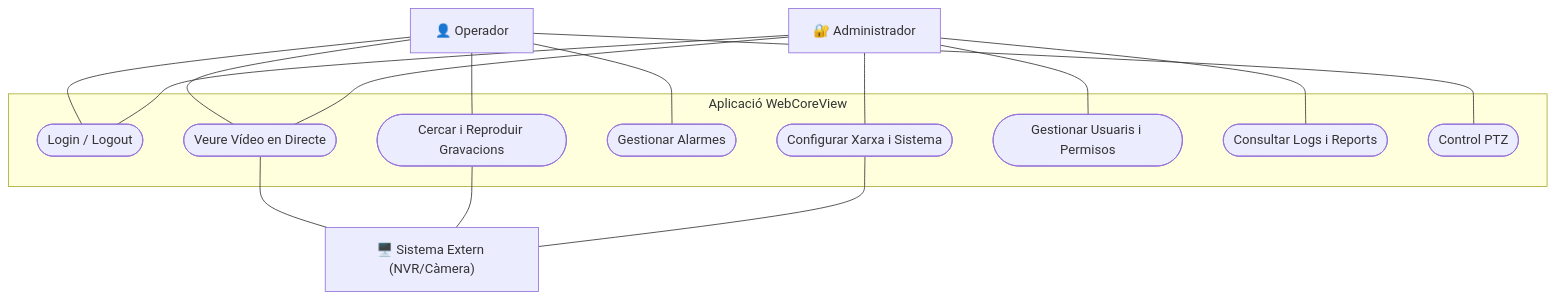
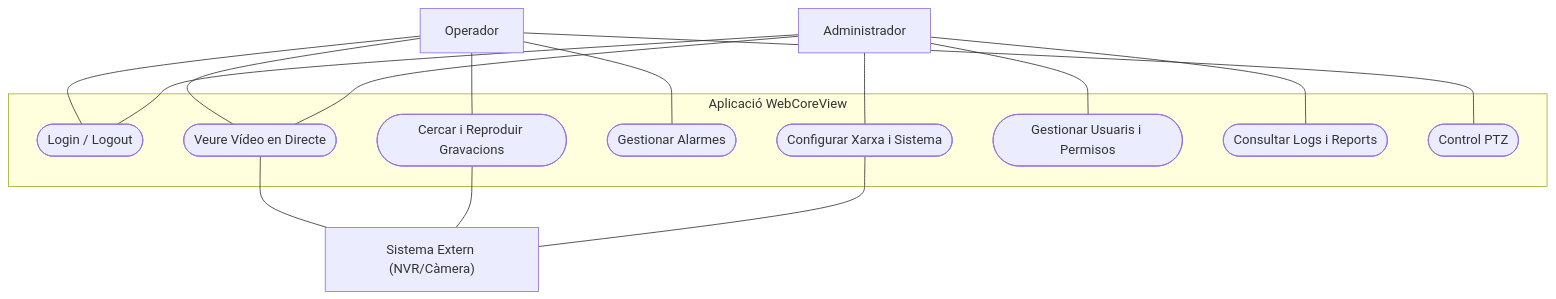
Before and after one commit to janrosellcaba/tfg: the first of 7 diagrams in Diagrames_Mermaid.md, drawn with Mermaid. The commit also changed 17 other files, not shown here.

````diff
--- a/Diagrames_Mermaid.md
+++ b/Diagrames_Mermaid.md
@@ -9,37 +9,37 @@
 ```mermaid
 flowchart TD
     %% Actors
-    Op["👤 Operador"]
-    Admin["🔐 Administrador"]
-    Sys["🖥️ Sistema Extern (NVR/Càmera)"]
+    Op["Operador"]
+    Admin["Administrador"]
+    Sys["Sistema Extern (NVR/Càmera)"]
 
     subgraph WebCoreView [Aplicació WebCoreView]
         UC1(["Login / Logout"])
         UC2(["Veure Vídeo en Directe"])
         UC3(["Cercar i Reproduir Gravacions"])
         UC4(["Gestionar Alarmes"])
         UC5(["Configurar Xarxa i Sistema"])
         UC6(["Gestionar Usuaris i Permisos"])
         UC7(["Consultar Logs i Reports"])
         UC8(["Control PTZ"])
     end
 
     %% Relacions Operador
     Op --- UC1
     Op --- UC2
     Op --- UC3
     Op --- UC4
     Op --- UC8
 
     %% Relacions Administrador
     Admin --- UC1
     Admin --- UC5
     Admin --- UC6
     Admin --- UC7
     Admin --- UC2
 
     %% Relacions Sistema
     UC2 --- Sys
     UC3 --- Sys
     UC5 --- Sys
 ```
````
